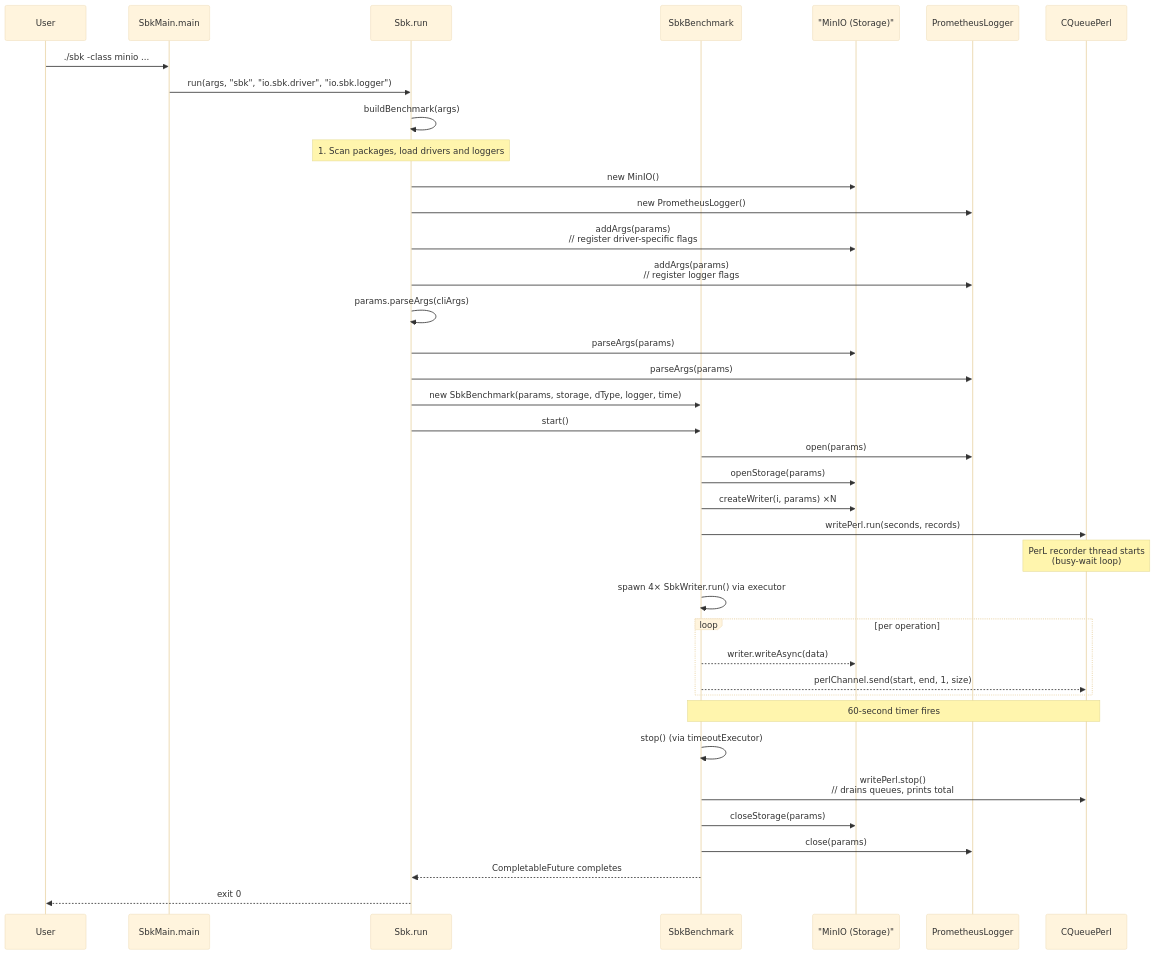
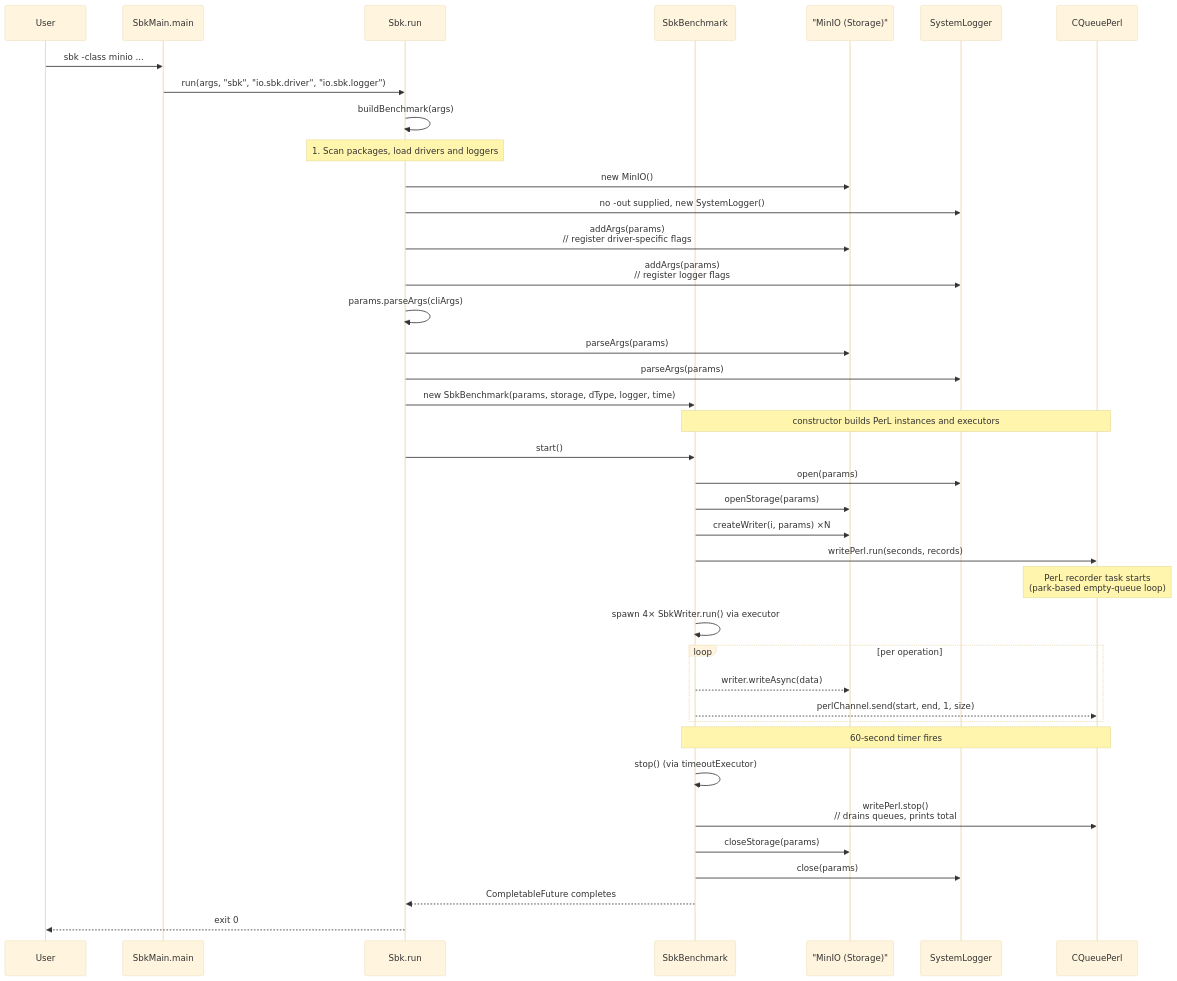
Diagram 15 of 36 in docs/sbk-internals.md (kmgowda/SBK), drawn with Mermaid (base theme) before and after one commit. The commit also changed other lines of this file and 1 other file, not shown here.

Commit message:
Improve SBK internals architecture guide

````diff
--- a/docs/sbk-internals.md
+++ b/docs/sbk-internals.md
@@ -862,44 +1186,45 @@
 ```mermaid
 sequenceDiagram
     participant User
     participant Main as SbkMain.main
     participant Sbk as Sbk.run
     participant Bench as SbkBenchmark
     participant Store as "MinIO (Storage)"
-    participant Log as PrometheusLogger
+    participant Log as SystemLogger
     participant Perl as CQueuePerl
 
-    User->>Main: ./sbk -class minio ...
+    User->>Main: sbk -class minio ...
     Main->>Sbk: run(args, "sbk", "io.sbk.driver", "io.sbk.logger")
     Sbk->>Sbk: buildBenchmark(args)
     Note over Sbk: 1. Scan packages, load drivers and loggers
     Sbk->>Store: new MinIO()
-    Sbk->>Log:   new PrometheusLogger()
+    Sbk->>Log: no -out supplied, new SystemLogger()
     Sbk->>Store: addArgs(params)<br/>// register driver-specific flags
     Sbk->>Log:   addArgs(params)<br/>// register logger flags
     Sbk->>Sbk: params.parseArgs(cliArgs)
     Sbk->>Store: parseArgs(params)
     Sbk->>Log:   parseArgs(params)
     Sbk->>Bench: new SbkBenchmark(params, storage, dType, logger, time)
+    Note over Bench,Perl: constructor builds PerL instances and executors
 
     Sbk->>Bench: start()
     Bench->>Log:   open(params)
     Bench->>Store: openStorage(params)
     Bench->>Store: createWriter(i, params)  ×N
     Bench->>Perl: writePerl.run(seconds, records)
-    Note over Perl: PerL recorder thread starts<br/>(busy-wait loop)
+    Note over Perl: PerL recorder task starts<br/>(park-based empty-queue loop)
     Bench->>Bench: spawn 4× SbkWriter.run() via executor
 
     loop per operation
         Bench-->>Store: writer.writeAsync(data)
         Bench-->>Perl: perlChannel.send(start, end, 1, size)
     end
 
     Note over Bench,Perl: 60-second timer fires
     Bench->>Bench: stop() (via timeoutExecutor)
     Bench->>Perl: writePerl.stop()<br/>// drains queues, prints total
     Bench->>Store: closeStorage(params)
     Bench->>Log:   close(params)
     Bench-->>Sbk: CompletableFuture completes
     Sbk-->>User: exit 0
 ```
````
